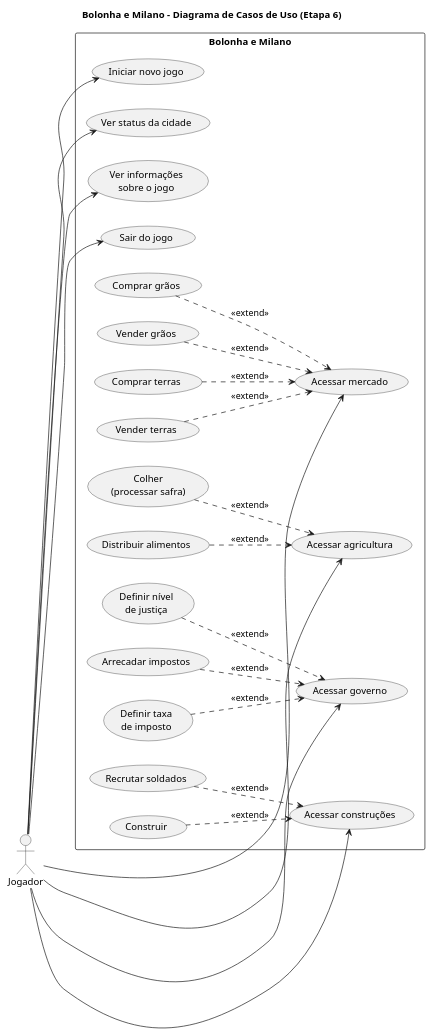
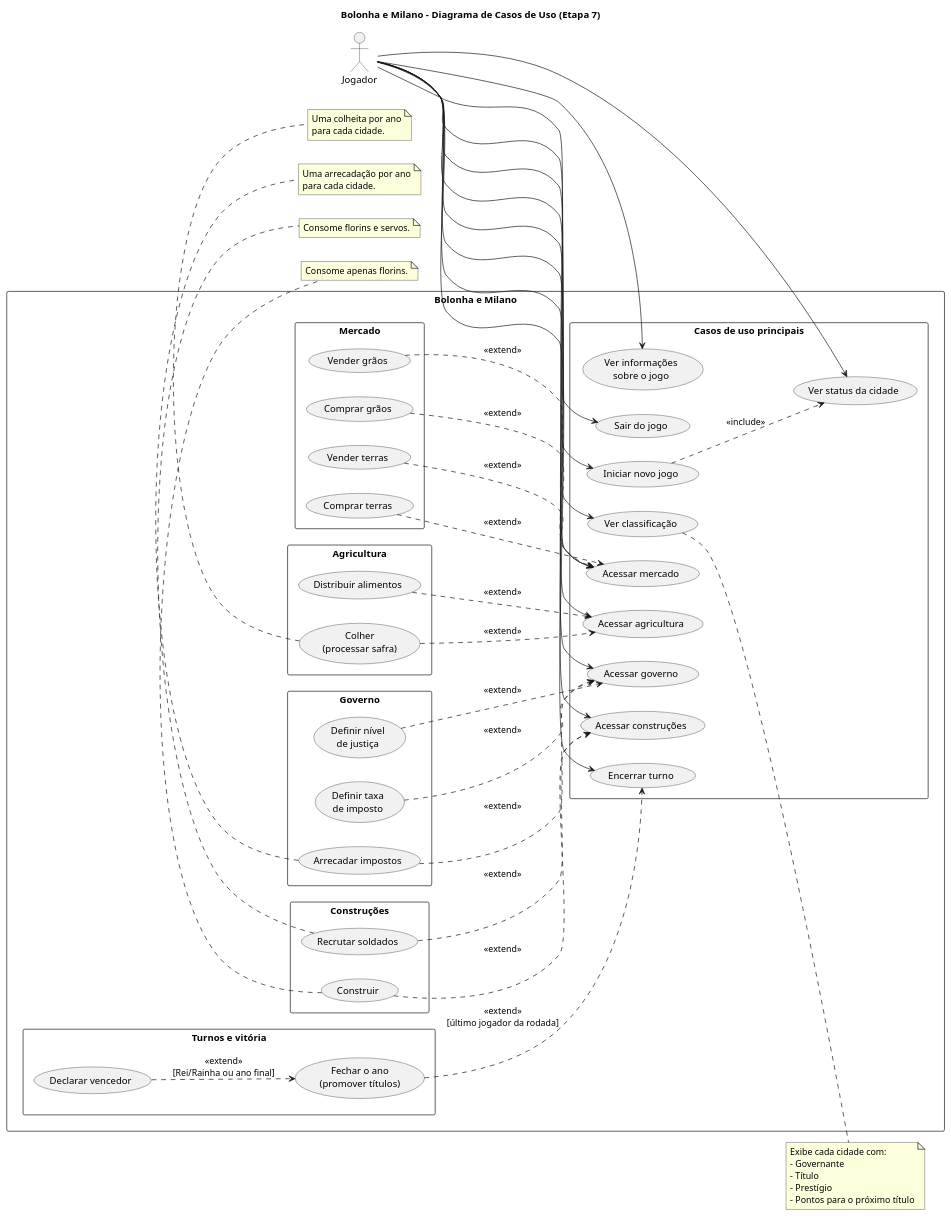
One commit to GabrieldasGracas/bolognaemilano changed the diagram in diagrama-casos-de-uso.puml. Above: the diagram before and after it, drawn with PlantUML. The commit also changed 7 other files, not shown here.

```diff
--- a/diagrama-casos-de-uso.puml
+++ b/diagrama-casos-de-uso.puml
@@ -2,62 +2,112 @@
 @startuml
-title Bolonha e Milano - Diagrama de Casos de Uso (Etapa 6)
+title Bolonha e Milano - Diagrama de Casos de Uso (Etapa 7)
 
 left to right direction
 
 skinparam packageStyle rectangle
 skinparam shadowing false
 
 actor Jogador
 
 rectangle "Bolonha e Milano" {
 
-    usecase "Iniciar novo jogo" as UC1
-    usecase "Ver status da cidade" as UC2
-    usecase "Acessar mercado" as UC3
-    usecase "Acessar agricultura" as UC4
-    usecase "Acessar governo" as UC5
-    usecase "Acessar construções" as UC6
-    usecase "Ver informações\nsobre o jogo" as UC7
-    usecase "Sair do jogo" as UC8
+    package "Casos de uso principais" {
+        usecase "Iniciar novo jogo" as UC1
+        usecase "Ver status da cidade" as UC2
+        usecase "Acessar mercado" as UC3
+        usecase "Acessar agricultura" as UC4
+        usecase "Acessar governo" as UC5
+        usecase "Acessar construções" as UC6
+        usecase "Encerrar turno" as UC7
+        usecase "Ver classificação" as UC8
+        usecase "Ver informações\nsobre o jogo" as UC9
+        usecase "Sair do jogo" as UC10
+    }
 
-    usecase "Comprar grãos" as UC9
-    usecase "Vender grãos" as UC10
-    usecase "Comprar terras" as UC11
-    usecase "Vender terras" as UC12
+    package "Mercado" {
+        usecase "Comprar grãos" as UC11
+        usecase "Vender grãos" as UC12
+        usecase "Comprar terras" as UC13
+        usecase "Vender terras" as UC14
+    }
 
-    usecase "Colher\n(processar safra)" as UC13
-    usecase "Distribuir alimentos" as UC14
+    package "Agricultura" {
+        usecase "Colher\n(processar safra)" as UC15
+        usecase "Distribuir alimentos" as UC16
+    }
 
-    usecase "Arrecadar impostos" as UC15
-    usecase "Definir taxa\nde imposto" as UC16
-    usecase "Definir nível\nde justiça" as UC17
+    package "Governo" {
+        usecase "Arrecadar impostos" as UC17
+        usecase "Definir taxa\nde imposto" as UC18
+        usecase "Definir nível\nde justiça" as UC19
+    }
 
-    usecase "Recrutar soldados" as UC18
-    usecase "Construir" as UC19
+    package "Construções" {
+        usecase "Recrutar soldados" as UC20
+        usecase "Construir" as UC21
+    }
+
+    package "Turnos e vitória" {
+        usecase "Fechar o ano\n(promover títulos)" as UC22
+        usecase "Declarar vencedor" as UC23
+    }
 }
 
 Jogador --> UC1
 Jogador --> UC2
 Jogador --> UC3
 Jogador --> UC4
 Jogador --> UC5
 Jogador --> UC6
 Jogador --> UC7
 Jogador --> UC8
+Jogador --> UC9
+Jogador --> UC10
 
-UC9 ..> UC3 : <<extend>>
-UC10 ..> UC3 : <<extend>>
+UC1 ..> UC2 : <<include>>
+
 UC11 ..> UC3 : <<extend>>
 UC12 ..> UC3 : <<extend>>
+UC13 ..> UC3 : <<extend>>
+UC14 ..> UC3 : <<extend>>
 
-UC13 ..> UC4 : <<extend>>
-UC14 ..> UC4 : <<extend>>
+UC15 ..> UC4 : <<extend>>
+UC16 ..> UC4 : <<extend>>
 
-UC15 ..> UC5 : <<extend>>
-UC16 ..> UC5 : <<extend>>
 UC17 ..> UC5 : <<extend>>
+UC18 ..> UC5 : <<extend>>
+UC19 ..> UC5 : <<extend>>
 
-UC18 ..> UC6 : <<extend>>
-UC19 ..> UC6 : <<extend>>
+UC20 ..> UC6 : <<extend>>
+UC21 ..> UC6 : <<extend>>
+
+UC22 ..> UC7 : <<extend>>\n[último jogador da rodada]
+UC23 ..> UC22 : <<extend>>\n[Rei/Rainha ou ano final]
+
+note right of UC8
+  Exibe cada cidade com:
+  - Governante
+  - Título
+  - Prestígio
+  - Pontos para o próximo título
+end note
+
+note bottom of UC15
+  Uma colheita por ano
+  para cada cidade.
+end note
+
+note bottom of UC17
+  Uma arrecadação por ano
+  para cada cidade.
+end note
+
+note bottom of UC20
+  Consome florins e servos.
+end note
+
+note bottom of UC21
+  Consome apenas florins.
+end note
 
 @enduml
```
